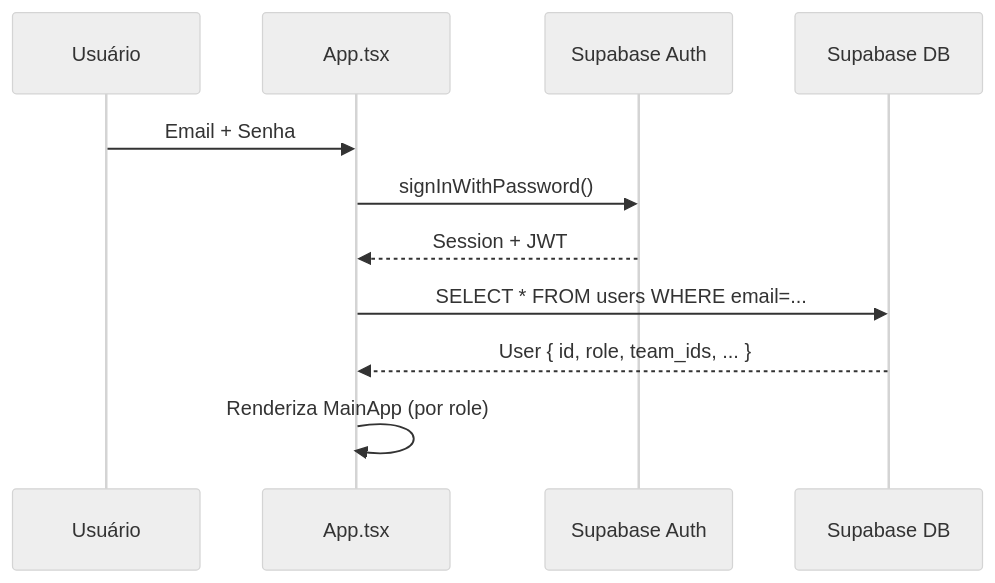
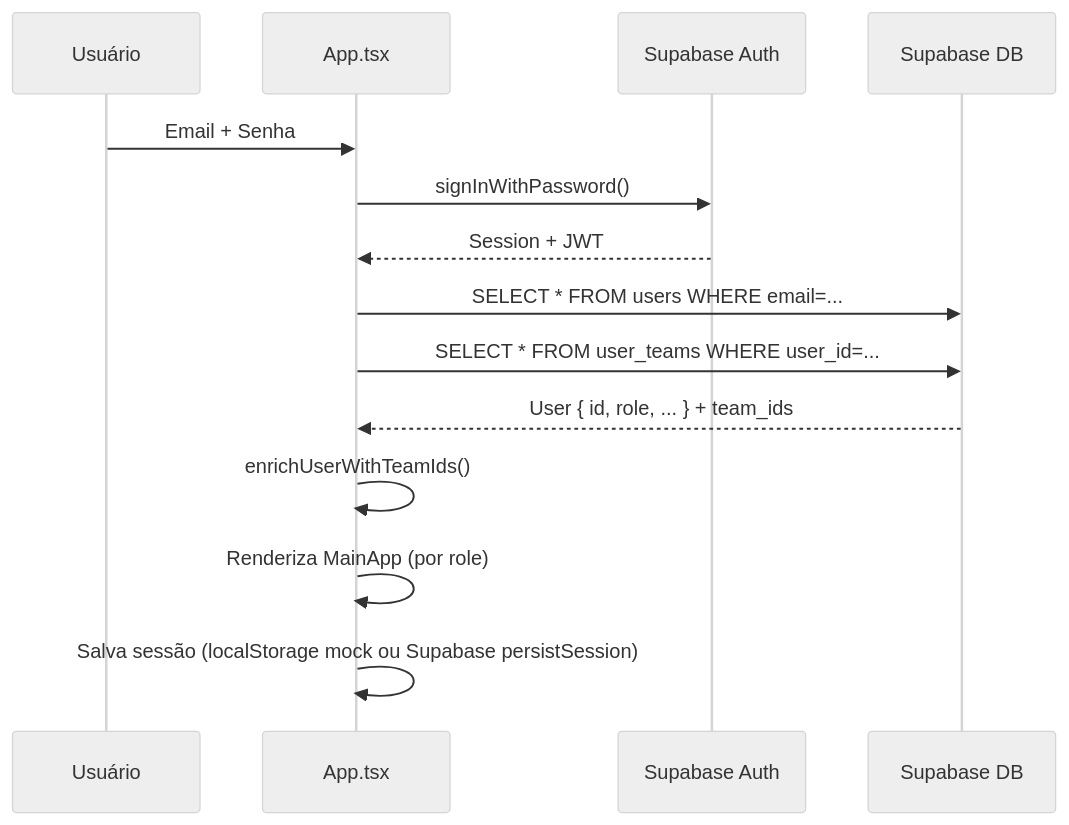
One commit to allanscode/QualiTrack changed the first of 2 diagrams in docs/flows/authentication.md. Above: the diagram before and after it, drawn with Mermaid (neutral theme). The commit also changed other lines of this file and 19 other files, not shown here.

````diff
--- a/docs/flows/authentication.md
+++ b/docs/flows/authentication.md
@@ -11,14 +11,17 @@
 ```mermaid
 sequenceDiagram
     participant U as Usuário
     participant App as App.tsx
     participant SB as Supabase Auth
     participant DB as Supabase DB
 
     U->>App: Email + Senha
     App->>SB: signInWithPassword()
     SB-->>App: Session + JWT
     App->>DB: SELECT * FROM users WHERE email=...
-    DB-->>App: User { id, role, team_ids, ... }
+    App->>DB: SELECT * FROM user_teams WHERE user_id=...
+    DB-->>App: User { id, role, ... } + team_ids
+    App->>App: enrichUserWithTeamIds()
     App->>App: Renderiza MainApp (por role)
+    App->>App: Salva sessão (localStorage mock ou Supabase persistSession)
 ```
````
